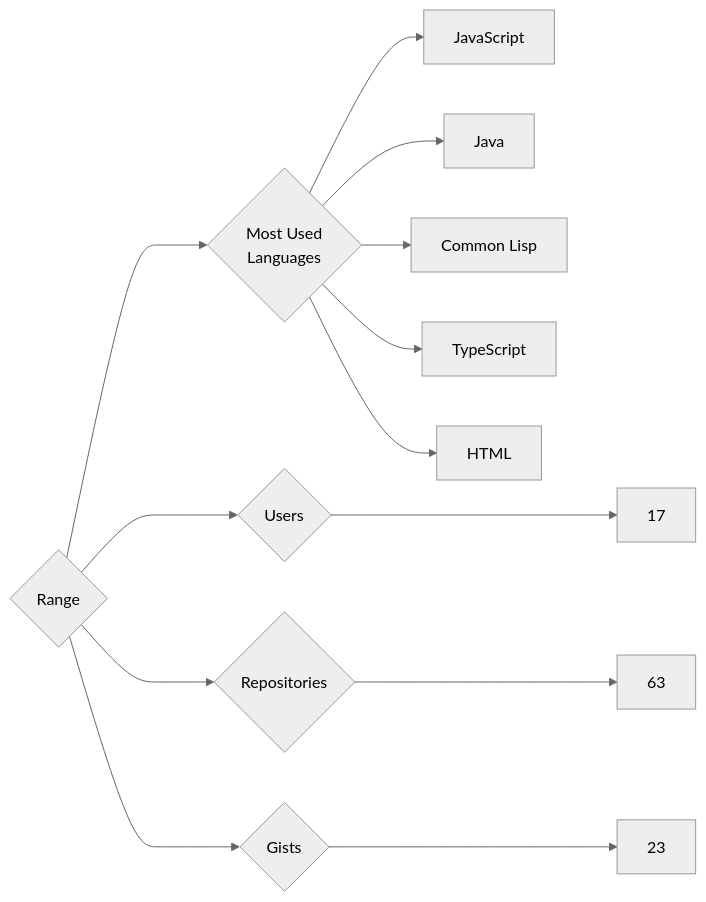
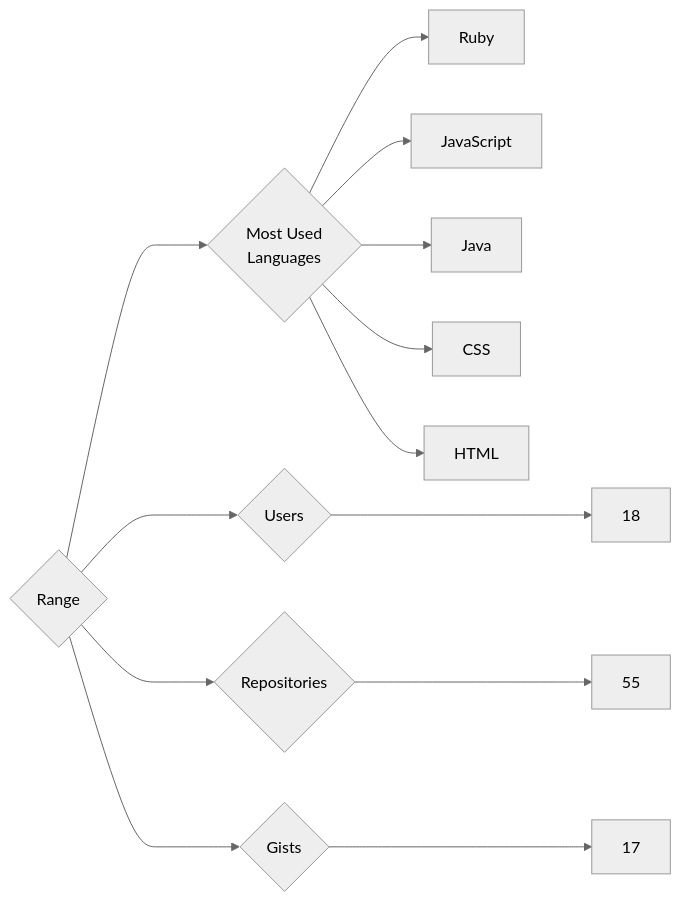
One commit to trickest/insiders changed the diagram in targets/Range/README.md. Above: the diagram before and after it, drawn with Mermaid (neutral theme). The commit also changed 582 other files, not shown here.

````diff
--- a/targets/Range/README.md
+++ b/targets/Range/README.md
@@ -3,13 +3,13 @@
 ```mermaid
 graph LR
 COMPANY_NAME{Range}
-COMPANY_NAME ---> U{Users} ---> UN[17]
-COMPANY_NAME ---> R{Repositories} ---> RN[63]
-COMPANY_NAME ---> G{Gists} ---> GN[23]
+COMPANY_NAME ---> U{Users} ---> UN[18]
+COMPANY_NAME ---> R{Repositories} ---> RN[55]
+COMPANY_NAME ---> G{Gists} ---> GN[17]
 COMPANY_NAME ---> ML{Most Used<br>Languages}
+ML --> Ruby[Ruby]
 ML --> JavaScript[JavaScript]
 ML --> Java[Java]
-ML --> Common_Lisp[Common Lisp]
-ML --> TypeScript[TypeScript]
+ML --> CSS[CSS]
 ML --> HTML[HTML]
 ```
````
